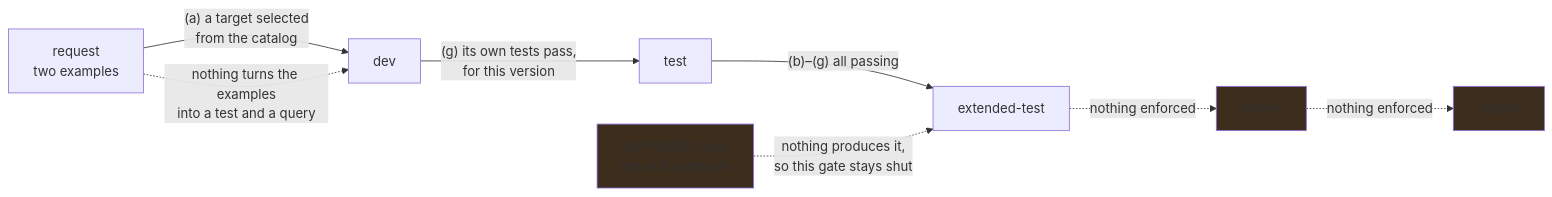
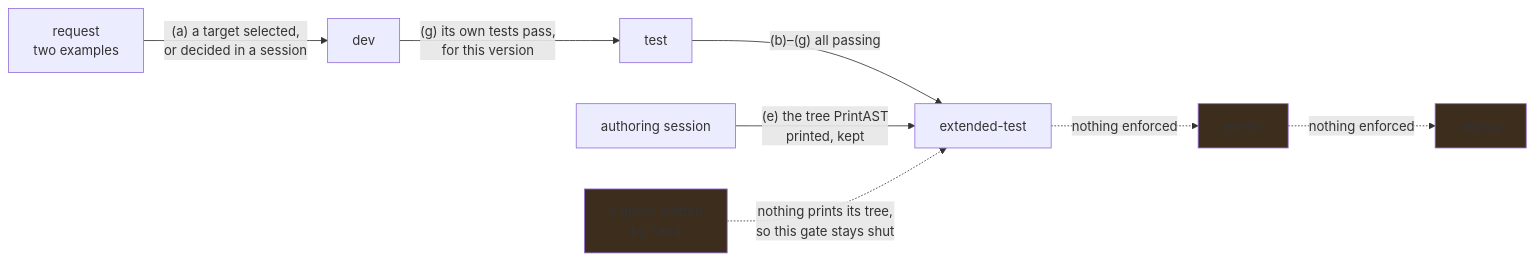
Before and after one commit to advanced-security/codeql-abom: the diagram in plans/ql/query-authoring.md, drawn with Mermaid. The commit also changed other lines of this file and 66 other files, not shown here.

````diff
--- a/plans/ql/query-authoring.md
+++ b/plans/ql/query-authoring.md
@@ -64,13 +74,13 @@
 ```mermaid
 flowchart LR
-    REQ["request<br/>two examples"] -->|"(a) a target selected<br/>from the catalog"| DEV["dev"]
+    REQ["request<br/>two examples"] -->|"(a) a target selected,<br/>or decided in a session"| DEV["dev"]
     DEV -->|"(g) its own tests pass,<br/>for this version"| TEST["test"]
     TEST -->|"(b)–(g) all passing"| EXT["extended-test"]
-    AST["(e) PrintAST over<br/>the test database"] -. "nothing produces it,<br/>so this gate stays shut" .-> EXT
-    REQ -. "nothing turns the examples<br/>into a test and a query" .-> DEV
+    SES["authoring session"] -->|"(e) the tree PrintAST<br/>printed, kept"| EXT
+    HAND["a query written<br/>by hand"] -. "nothing prints its tree,<br/>so this gate stays shut" .-> EXT
     EXT -. "nothing enforced" .-> REV["review"]
     REV -. "nothing enforced" .-> DEP["deploy"]
-    style AST fill:#3d2d1d
+    style HAND fill:#3d2d1d
     style REV fill:#3d2d1d
     style DEP fill:#3d2d1d
 ```
````
